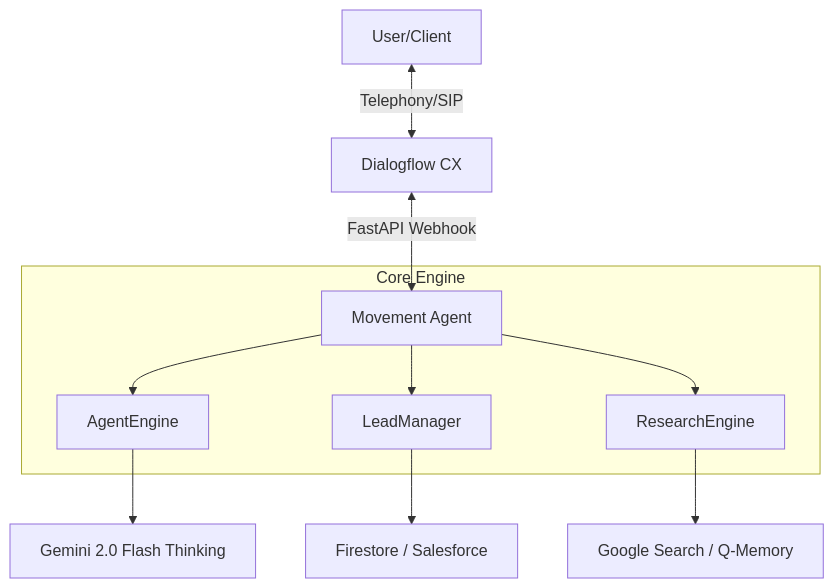
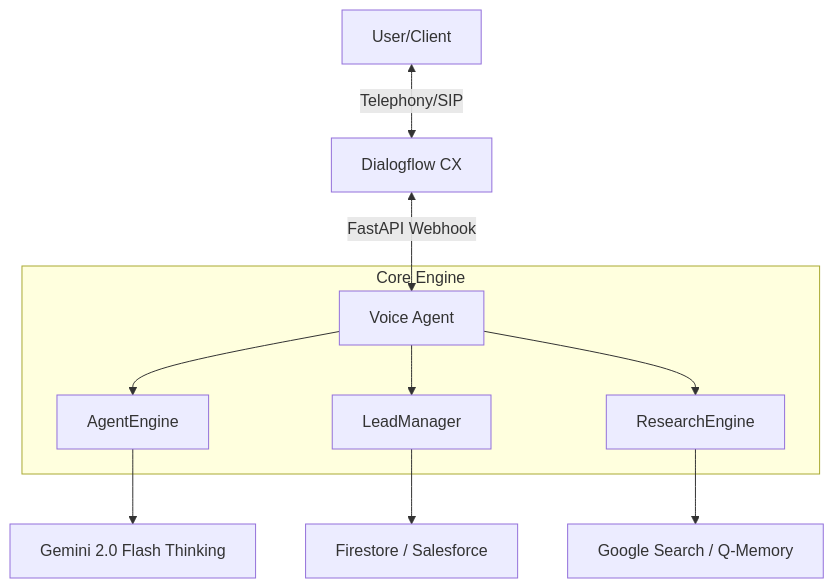
Before and after one commit to Phil-Hills/movement-voice-agent: the diagram in README.md, drawn with Mermaid. The commit also changed other lines of this file and 12 other files, not shown here.

````diff
--- a/README.md
+++ b/README.md
@@ -9,13 +9,13 @@
 ```mermaid
 graph TD
     A[User/Client] <-->|Telephony/SIP| B[Dialogflow CX]
-    B <-->|FastAPI Webhook| C[Movement Agent]
+    B <-->|FastAPI Webhook| C[Voice Agent]
     subgraph "Core Engine"
         C --> D[AgentEngine]
         C --> E[LeadManager]
         C --> F[ResearchEngine]
     end
     D --> G[Gemini 2.0 Flash Thinking]
     E --> H[Firestore / Salesforce]
     F --> I[Google Search / Q-Memory]
 ```
````
